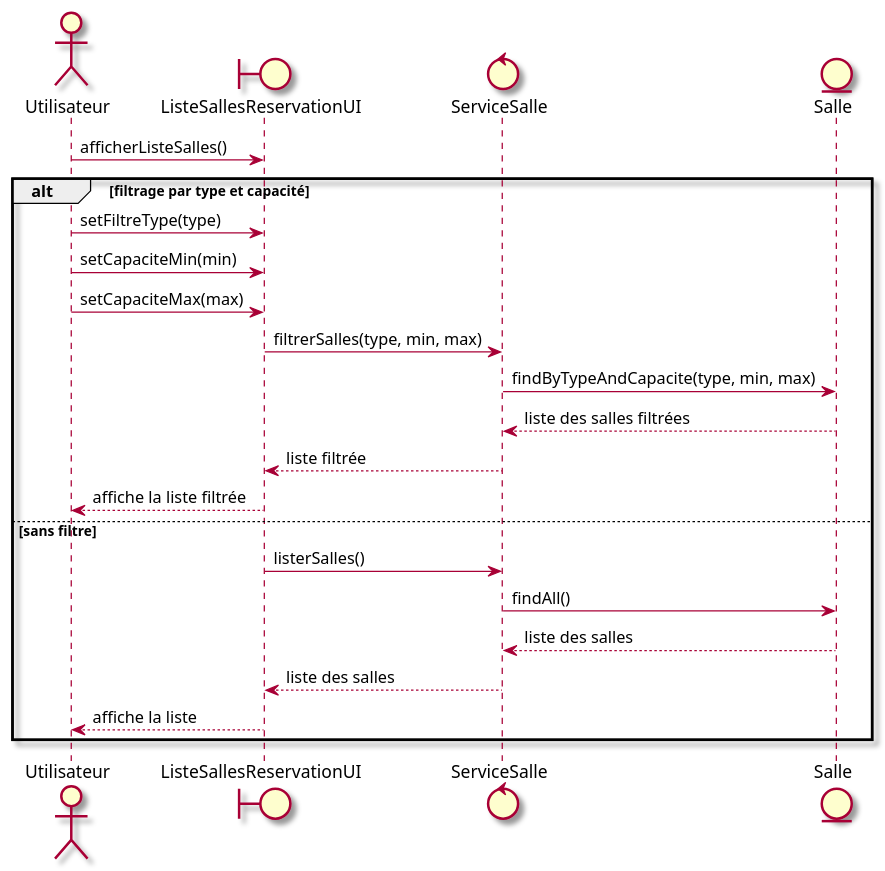
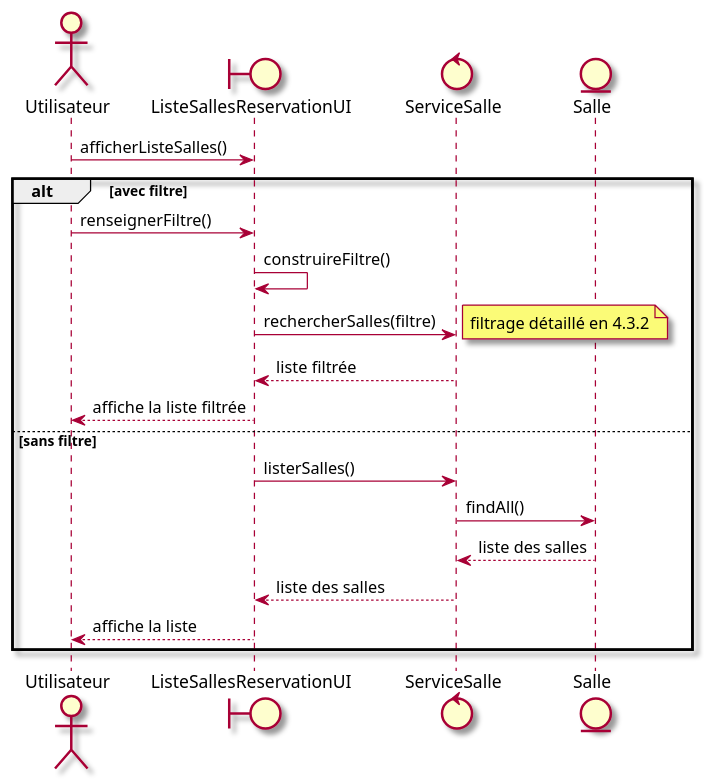
One commit to mrajaonson/glg204-room-management-system changed diagram 39 of 60 in docs/02-Analyse.md. Above: the diagram before and after it, drawn with PlantUML. The commit also changed other lines of this file and 4 other files, not shown here.

````diff
--- a/docs/02-Analyse.md
+++ b/docs/02-Analyse.md
@@ -1376,28 +1376,26 @@
 ```plantuml
 @startuml
 skin rose
 
 actor Utilisateur as u
 boundary ListeSallesReservationUI as ui
 control ServiceSalle as svc
 entity Salle as salle
 
 u -> ui : afficherListeSalles()
-alt filtrage par type et capacité
-  u -> ui : setFiltreType(type)
-  u -> ui : setCapaciteMin(min)
-  u -> ui : setCapaciteMax(max)
-  ui -> svc : filtrerSalles(type, min, max)
-  svc -> salle : findByTypeAndCapacite(type, min, max)
-  salle --> svc : liste des salles filtrées
+alt avec filtre
+  u -> ui : renseignerFiltre()
+  ui -> ui : construireFiltre()
+  ui -> svc : rechercherSalles(filtre)
+  note right : filtrage détaillé en 4.3.2
   svc --> ui : liste filtrée
   ui --> u : affiche la liste filtrée
 else sans filtre
   ui -> svc : listerSalles()
   svc -> salle : findAll()
   salle --> svc : liste des salles
   svc --> ui : liste des salles
   ui --> u : affiche la liste
 end
 @enduml
 ```
````
